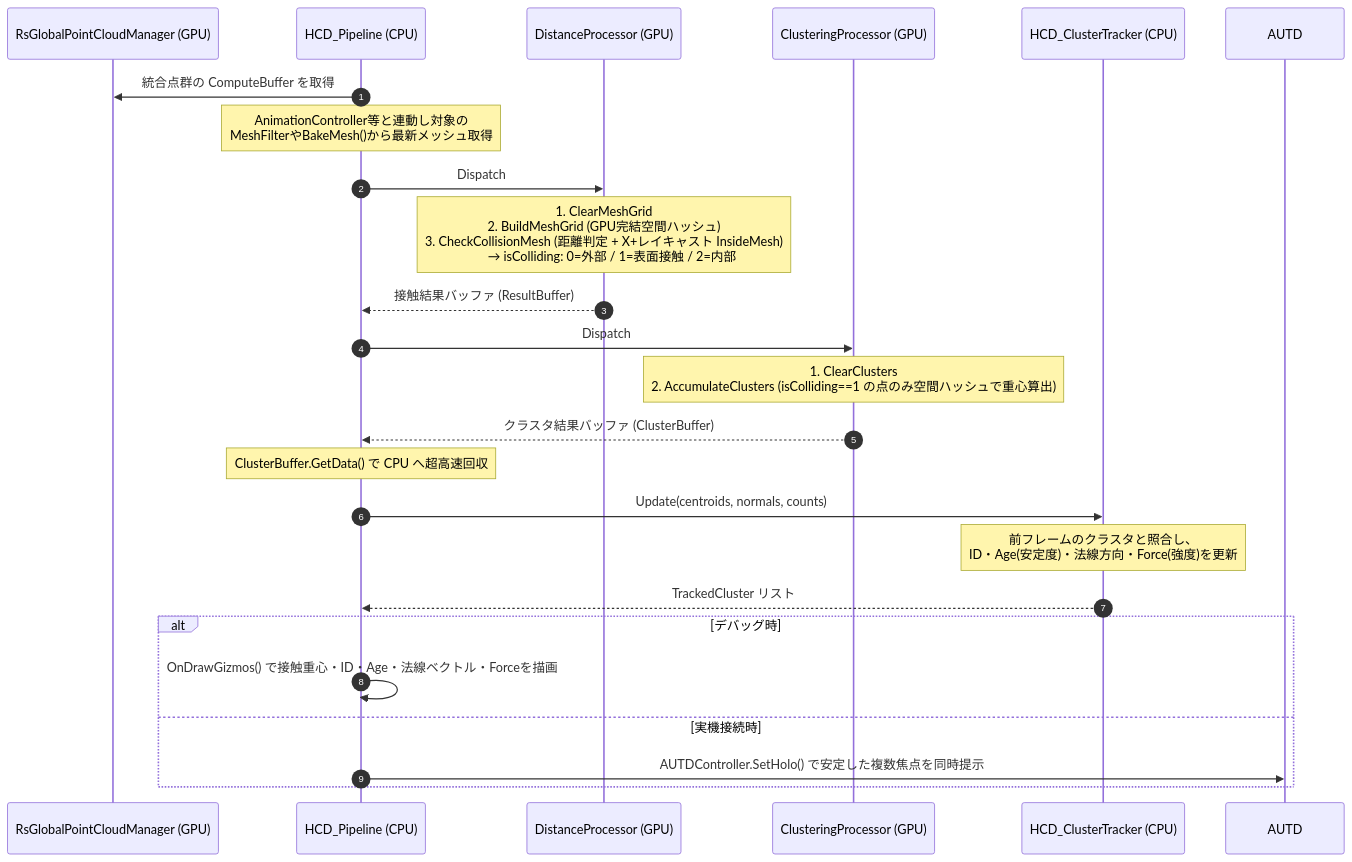
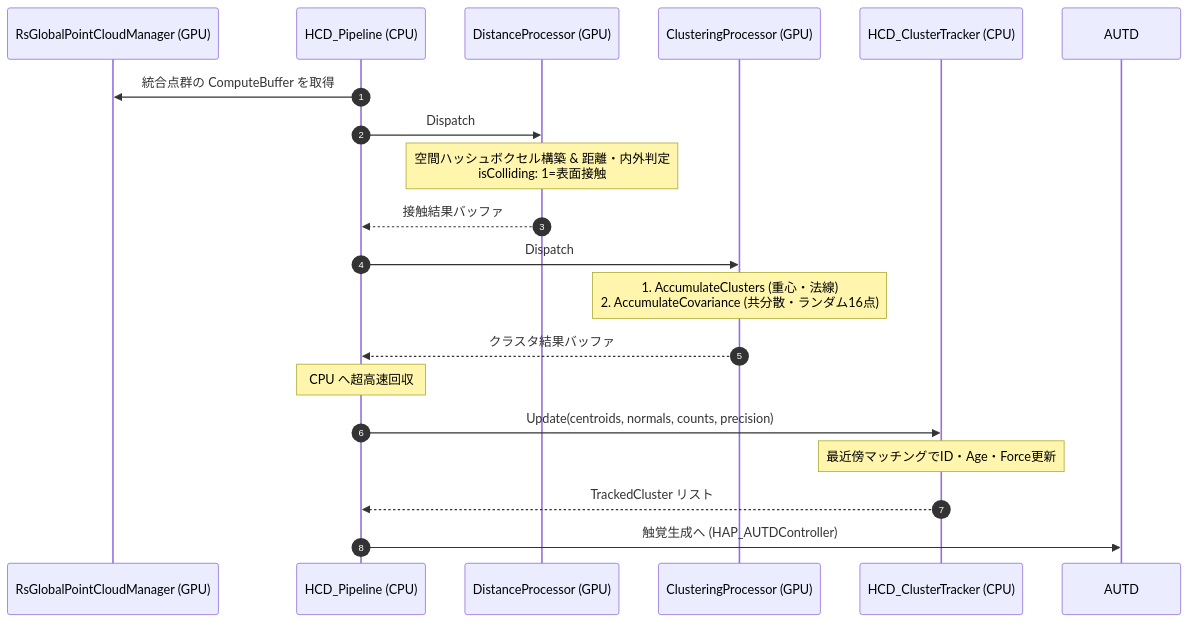
Before and after one commit to kotetsuOU/HandTrakingDemo: the diagram in Docs/Collision.md, drawn with Mermaid. The commit also changed other lines of this file and 16 other files, not shown here.

````diff
--- a/Docs/Collision.md
+++ b/Docs/Collision.md
@@ -213,31 +118,25 @@
 ```mermaid
 sequenceDiagram
     autonumber
     participant Global as RsGlobalPointCloudManager (GPU)
     participant Pipeline as HCD_Pipeline (CPU)
     participant Dist as DistanceProcessor (GPU)
     participant Clust as ClusteringProcessor (GPU)
     participant Tracker as HCD_ClusterTracker (CPU)
 
     Pipeline->>Global: 統合点群の ComputeBuffer を取得
-    Note over Pipeline: AnimationController等と連動し対象の<br/>MeshFilterやBakeMesh()から最新メッシュ取得
-    
     Pipeline->>Dist: Dispatch
-    Note over Dist: 1. ClearMeshGrid<br/>2. BuildMeshGrid (GPU完結空間ハッシュ)<br/>3. CheckCollisionMesh (距離判定 + X+レイキャスト InsideMesh)<br/>　 → isColliding: 0=外部 / 1=表面接触 / 2=内部
-    Dist-->>Pipeline: 接触結果バッファ (ResultBuffer)
+    Note over Dist: 空間ハッシュボクセル構築 & 距離・内外判定<br/>isColliding: 1=表面接触
+    Dist-->>Pipeline: 接触結果バッファ
     
     Pipeline->>Clust: Dispatch
-    Note over Clust: 1. ClearClusters<br/>2. AccumulateClusters (isColliding==1 の点のみ空間ハッシュで重心算出)
-    Clust-->>Pipeline: クラスタ結果バッファ (ClusterBuffer)
+    Note over Clust: 1. AccumulateClusters (重心・法線)<br/>2. AccumulateCovariance (共分散・ランダム16点)
+    Clust-->>Pipeline: クラスタ結果バッファ
     
-    Note over Pipeline: ClusterBuffer.GetData() で CPU へ超高速回収
-    Pipeline->>Tracker: Update(centroids, normals, counts)
-    Note over Tracker: 前フレームのクラスタと照合し、<br/>ID・Age(安定度)・法線方向・Force(強度)を更新
+    Note over Pipeline: CPU へ超高速回収
+    Pipeline->>Tracker: Update(centroids, normals, counts, precision)
+    Note over Tracker: 最近傍マッチングでID・Age・Force更新
     Tracker-->>Pipeline: TrackedCluster リスト
 
-    alt デバッグ時
-        Pipeline->>Pipeline: OnDrawGizmos() で接触重心・ID・Age・法線ベクトル・Forceを描画
-    else 実機接続時
-        Pipeline->>AUTD: AUTDController.SetHolo() で安定した複数焦点を同時提示
-    end
+    Pipeline->>AUTD: 触覚生成へ (HAP_AUTDController)
 ```
````
